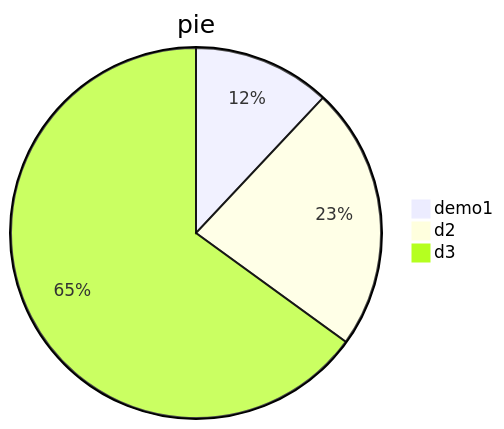
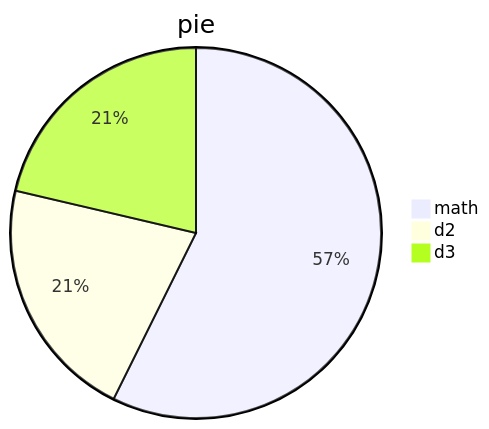
One commit to oeyoews/tw5 changed the first of 11 diagrams in markdowns/m1.md. Above: the diagram before and after it, drawn with Mermaid. The commit also changed 6 other files, not shown here.

````diff
--- a/markdowns/m1.md
+++ b/markdowns/m1.md
@@ -3,7 +3,7 @@
 ```mermaid
 pie 
 title pie
-"demo1": 12
-"d2": 23
-"d3": 65
+"math": 86
+"d2": 32
+"d3": 32
 ```
````
